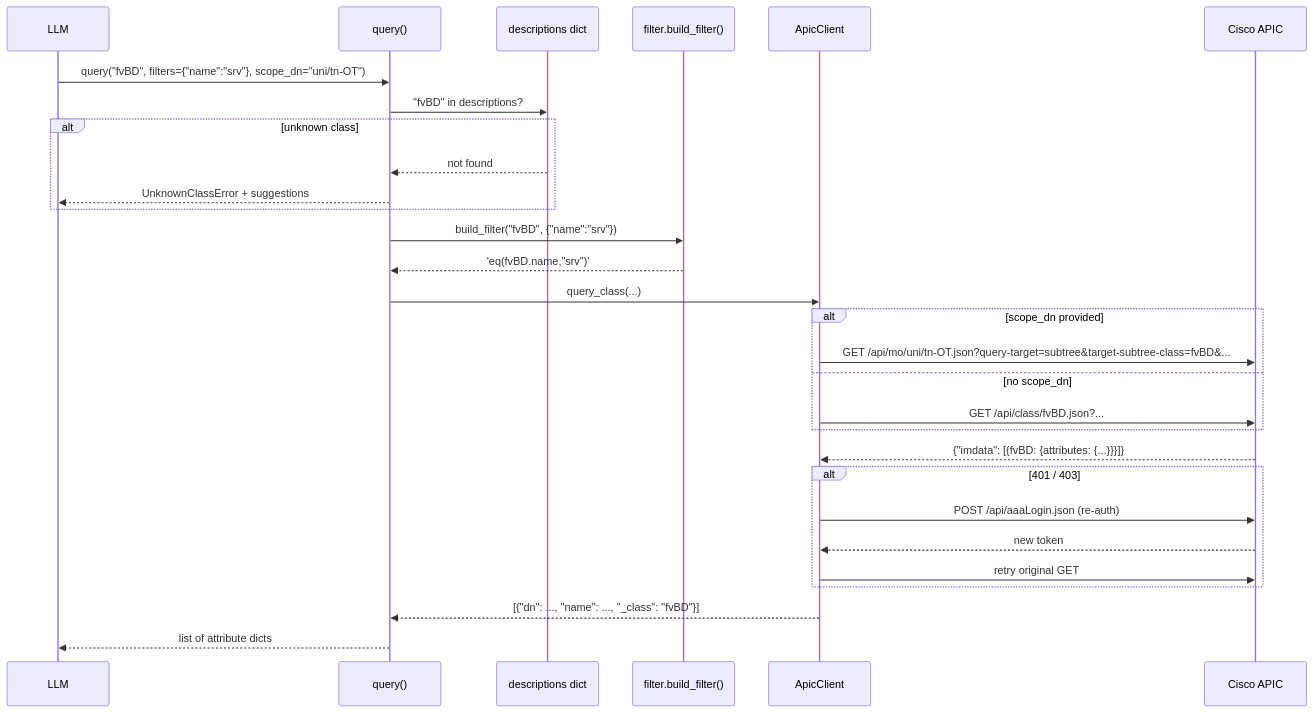
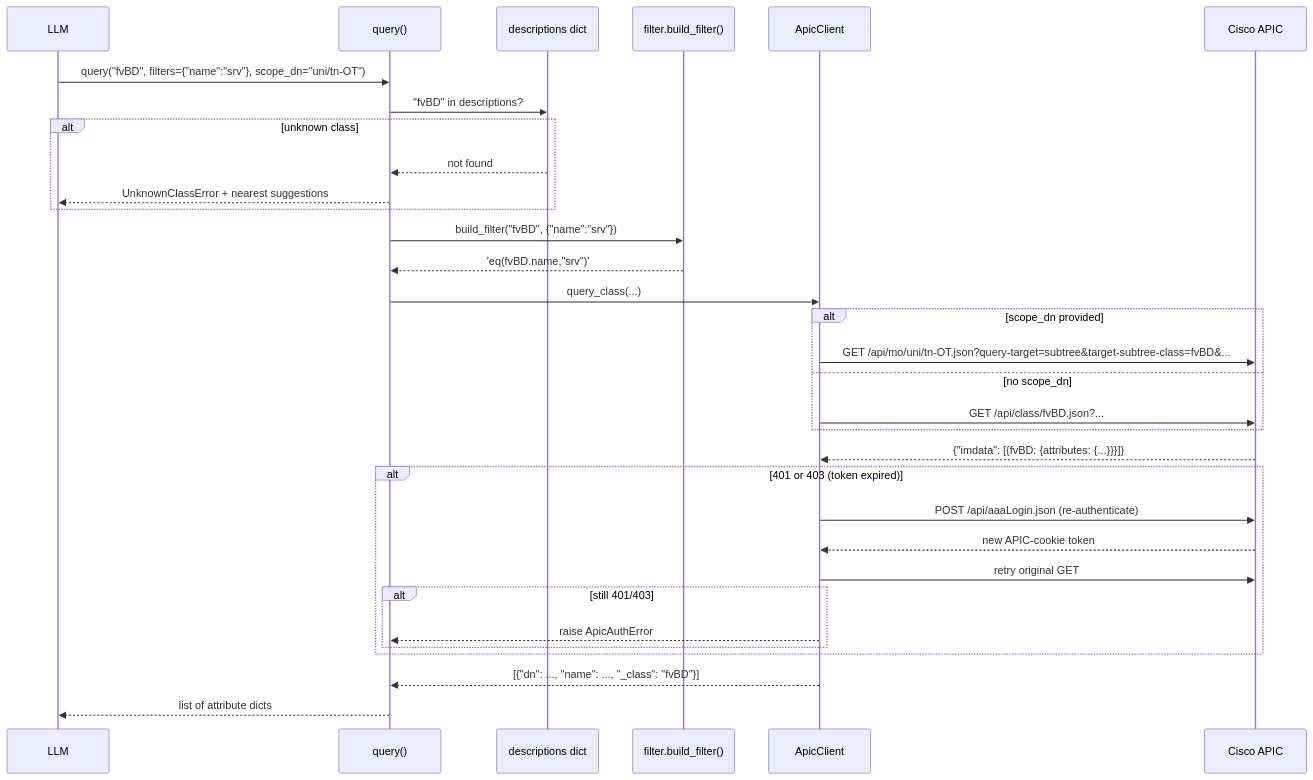
One commit to k3l0-dev/aci-mcp changed the fourth of 6 diagrams in docs/architecture/data-flow.md. Above: the diagram before and after it, drawn with Mermaid. The commit also changed other lines of this file and 16 other files, not shown here.

````diff
--- a/docs/architecture/data-flow.md
+++ b/docs/architecture/data-flow.md
@@ -74,39 +75,42 @@
 ```mermaid
 sequenceDiagram
     participant LLM
     participant tool as query()
     participant desc as descriptions dict
     participant filter as filter.build_filter()
     participant apic as ApicClient
     participant cisco as Cisco APIC
 
     LLM->>tool: query("fvBD", filters={"name":"srv"}, scope_dn="uni/tn-OT")
 
     tool->>desc: "fvBD" in descriptions?
     alt unknown class
         desc-->>tool: not found
-        tool-->>LLM: UnknownClassError + suggestions
+        tool-->>LLM: UnknownClassError + nearest suggestions
     end
 
     tool->>filter: build_filter("fvBD", {"name":"srv"})
     filter-->>tool: 'eq(fvBD.name,"srv")'
 
     tool->>apic: query_class(...)
 
     alt scope_dn provided
         apic->>cisco: GET /api/mo/uni/tn-OT.json?query-target=subtree&target-subtree-class=fvBD&...
     else no scope_dn
         apic->>cisco: GET /api/class/fvBD.json?...
     end
 
     cisco-->>apic: {"imdata": [{fvBD: {attributes: {...}}}]}
 
-    alt 401 / 403
-        apic->>cisco: POST /api/aaaLogin.json (re-auth)
-        cisco-->>apic: new token
+    alt 401 or 403 (token expired)
+        apic->>cisco: POST /api/aaaLogin.json (re-authenticate)
+        cisco-->>apic: new APIC-cookie token
         apic->>cisco: retry original GET
+        alt still 401/403
+            apic-->>tool: raise ApicAuthError
+        end
     end
 
     apic-->>tool: [{"dn": ..., "name": ..., "_class": "fvBD"}]
     tool-->>LLM: list of attribute dicts
 ```
````
